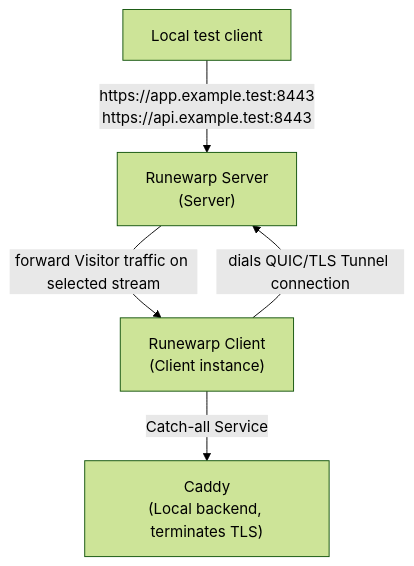
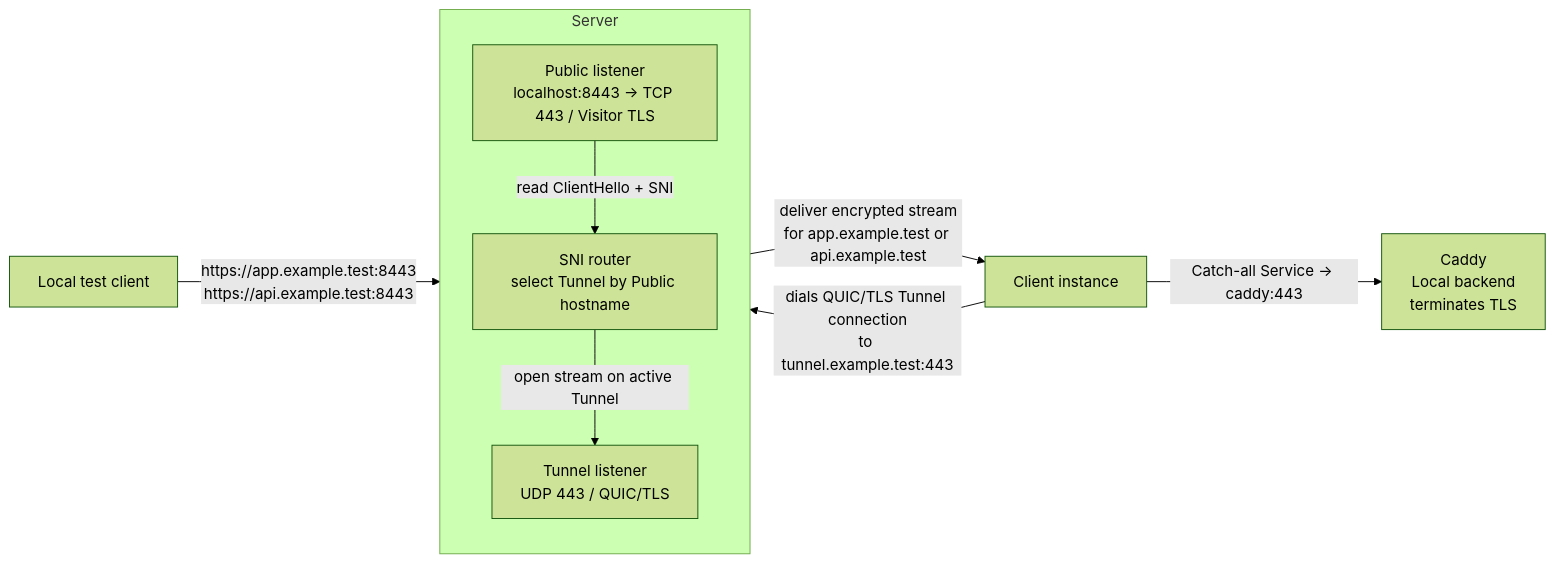
One commit to runewarp/runewarp changed the diagram in examples/docker/README.md. Above: the diagram before and after it, drawn with Mermaid (forest theme). The commit also changed 3 other files, not shown here.

````diff
--- a/examples/docker/README.md
+++ b/examples/docker/README.md
@@ -14,12 +14,21 @@
 ```mermaid
-flowchart TD
+flowchart LR
     V["Local test client"]
-    S["Runewarp Server<br/>(Server)"]
-    C["Runewarp Client<br/>(Client instance)"]
-    B["Caddy<br/>(Local backend, terminates TLS)"]
+    C["Client instance"]
+    B["Caddy<br/>Local backend<br/>terminates TLS"]
 
-    V -->|"https://app.example.test:8443<br/>https://api.example.test:8443"| S
-    C -->|"dials QUIC/TLS Tunnel connection"| S
-    S -->|"forward Visitor traffic on selected stream"| C
-    C -->|"Catch-all Service"| B
+    subgraph S["Server"]
+        direction TB
+        P["Public listener<br/>localhost:8443 -> TCP 443 / Visitor TLS"]
+        R["SNI router<br/>select Tunnel by Public hostname"]
+        U["Tunnel listener<br/>UDP 443 / QUIC/TLS"]
+
+        P -->|"read ClientHello + SNI"| R
+        R -->|"open stream on active Tunnel"| U
+    end
+
+    V -->|"https://app.example.test:8443<br/>https://api.example.test:8443"| P
+    C -->|"dials QUIC/TLS Tunnel connection<br/>to tunnel.example.test:443"| U
+    U -->|"deliver encrypted stream<br/>for app.example.test or api.example.test"| C
+    C -->|"Catch-all Service -> caddy:443"| B
 ```
````
